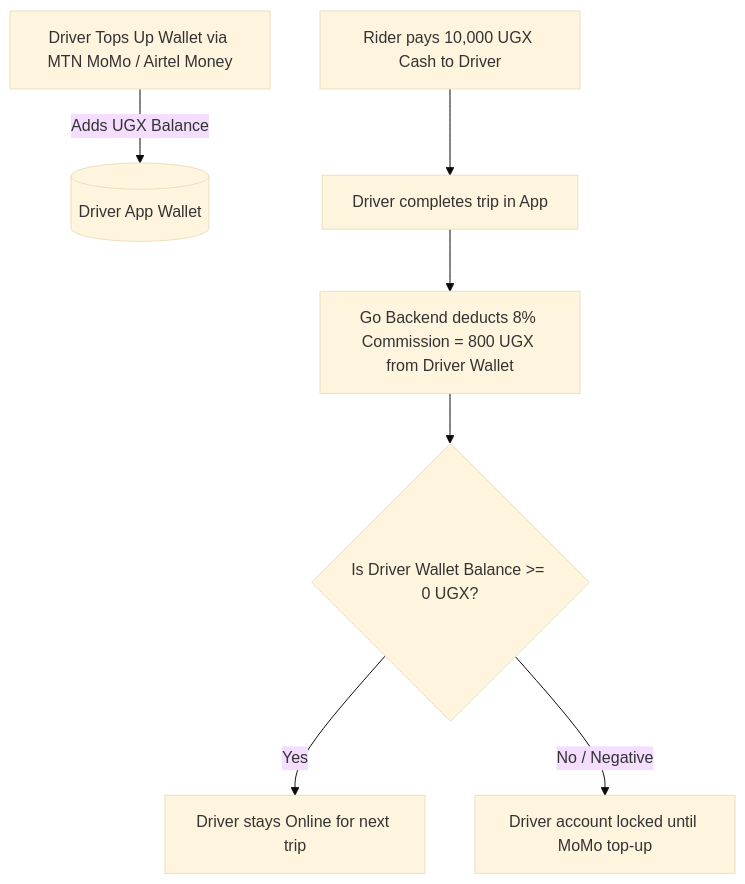
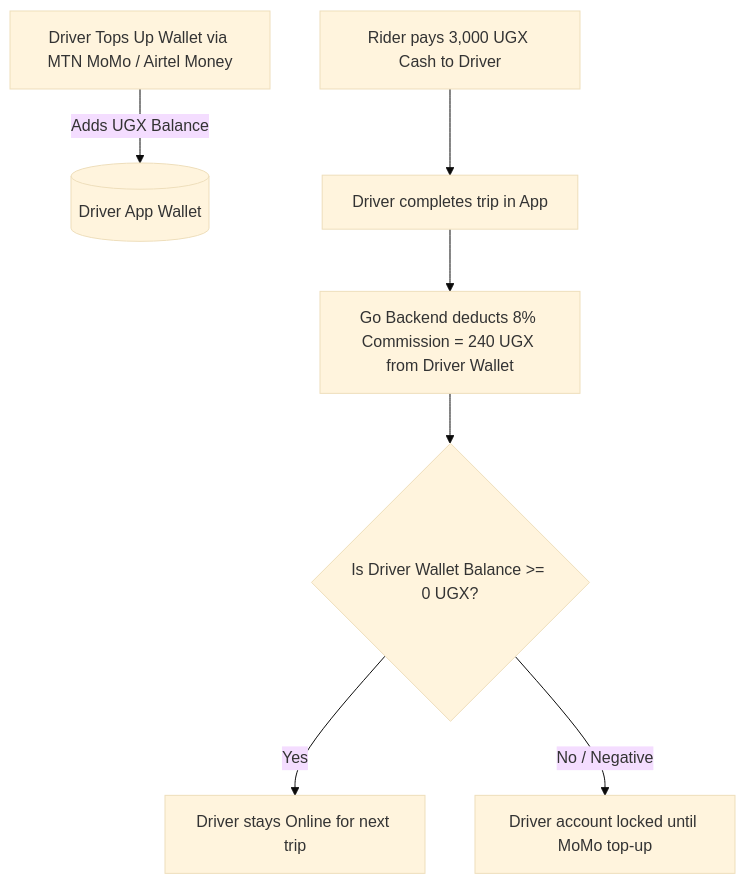
The second of 2 diagrams in SYSTEM_BIBLE.md (PercyMichael/go-minimal-docker-benchmark), drawn with Mermaid (base theme) before and after one commit. The commit also changed other lines of this file, not shown here.

````diff
--- a/SYSTEM_BIBLE.md
+++ b/SYSTEM_BIBLE.md
@@ -133,9 +219,9 @@
 ```mermaid
 graph TD
     MoMoTopUp[Driver Tops Up Wallet via MTN MoMo / Airtel Money] -->|Adds UGX Balance| DriverWallet[(Driver App Wallet)]
-    CashTripDone[Rider pays 10,000 UGX Cash to Driver] --> CompleteTrip[Driver completes trip in App]
-    CompleteTrip --> DeductCommission[Go Backend deducts 8% Commission = 800 UGX from Driver Wallet]
+    CashTripDone[Rider pays 3,000 UGX Cash to Driver] --> CompleteTrip[Driver completes trip in App]
+    CompleteTrip --> DeductCommission[Go Backend deducts 8% Commission = 240 UGX from Driver Wallet]
     DeductCommission --> CheckBalance{Is Driver Wallet Balance >= 0 UGX?}
     CheckBalance -->|Yes| Active[Driver stays Online for next trip]
     CheckBalance -->|No / Negative| Lockout[Driver account locked until MoMo top-up]
 ```
````
